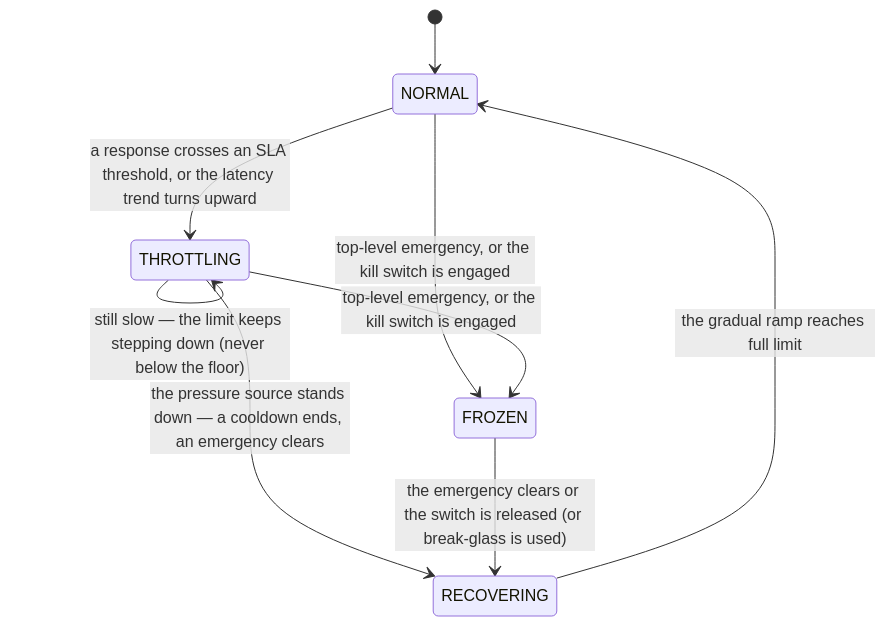
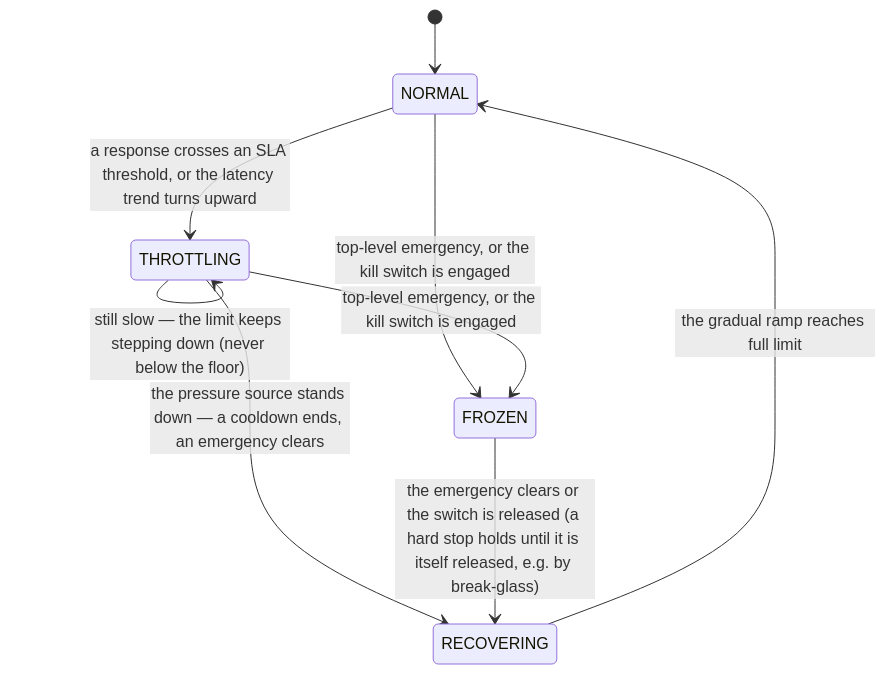
The diagram in docs/concepts/pro/throttle.md (baldurhq/baldur), drawn with Mermaid before and after one commit. The commit also changed other lines of this file and 1 other file, not shown here.

````diff
--- a/docs/concepts/pro/throttle.md
+++ b/docs/concepts/pro/throttle.md
@@ -91,11 +91,11 @@
 ```mermaid
 stateDiagram-v2
     [*] --> NORMAL
     NORMAL --> THROTTLING: a response crosses an SLA threshold, or the latency trend turns upward
     THROTTLING --> THROTTLING: still slow — the limit keeps stepping down (never below the floor)
     THROTTLING --> RECOVERING: the pressure source stands down — a cooldown ends, an emergency clears
     RECOVERING --> NORMAL: the gradual ramp reaches full limit
     NORMAL --> FROZEN: top-level emergency, or the kill switch is engaged
     THROTTLING --> FROZEN: top-level emergency, or the kill switch is engaged
-    FROZEN --> RECOVERING: the emergency clears or the switch is released (or break-glass is used)
+    FROZEN --> RECOVERING: the emergency clears or the switch is released (a hard stop holds until it is itself released, e.g. by break-glass)
 ```
````
